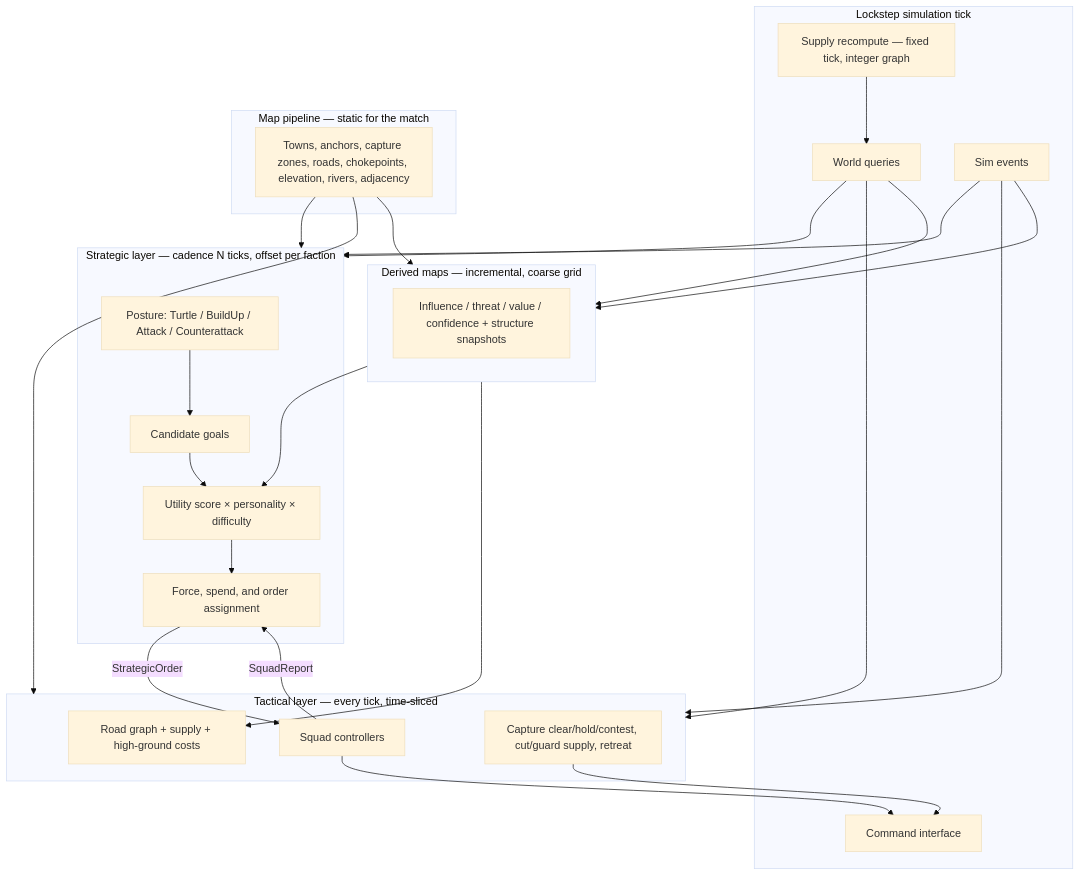
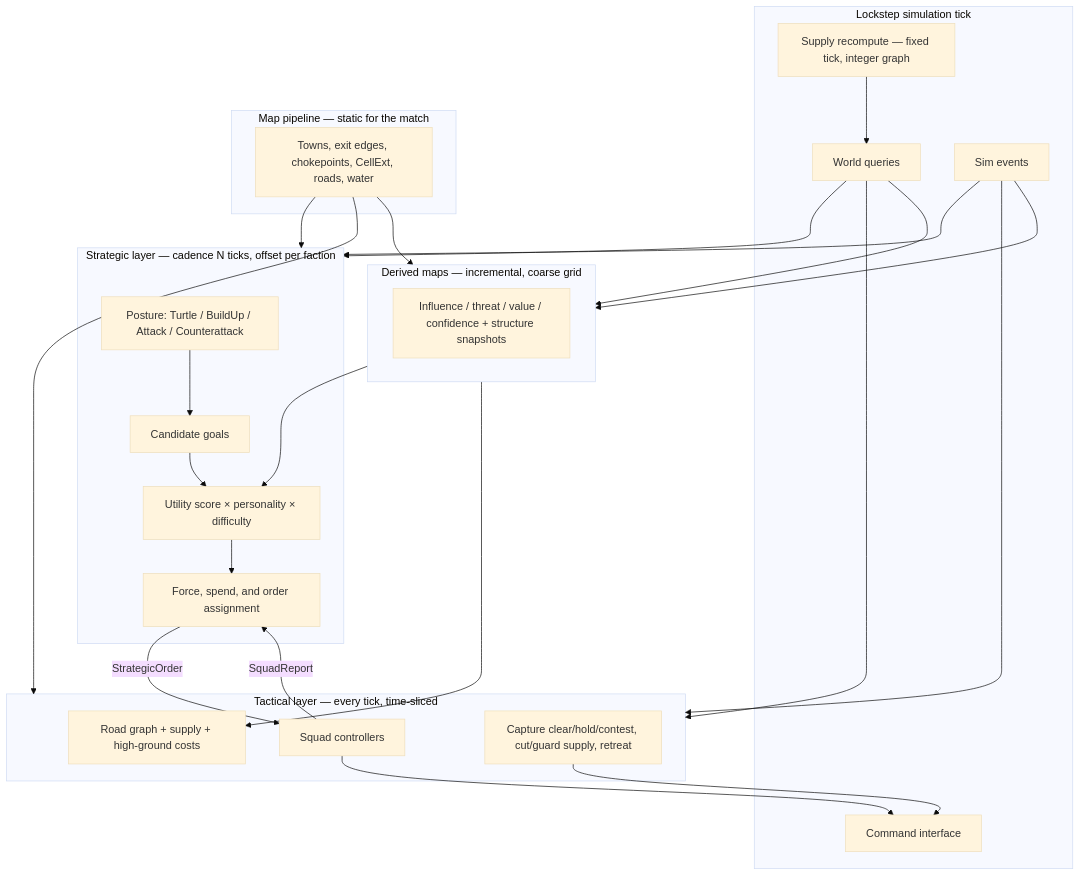
Before and after one commit to GarandWolf/wasteland-rts: the diagram in docs/ai/enemy-ai-design.md, drawn with Mermaid (base theme). The commit also changed other lines of this file, not shown here.

First line of the commit message:
docs(ai): accept map-pipeline field contract for the AI blob

````diff
--- a/docs/ai/enemy-ai-design.md
+++ b/docs/ai/enemy-ai-design.md
@@ -125,50 +142,50 @@
 ```mermaid
 flowchart TB
   subgraph Sim["Lockstep simulation tick"]
     World["World queries"]
     Events["Sim events"]
     Cmd["Command interface"]
     Supply["Supply recompute — fixed tick, integer graph"]
   end
 
   subgraph Pipeline["Map pipeline — static for the match"]
-    Contract["Towns, anchors, capture zones, roads, chokepoints, elevation, rivers, adjacency"]
+    Contract["Towns, exit edges, chokepoints, CellExt, roads, water"]
   end
 
   subgraph Derived["Derived maps — incremental, coarse grid"]
     Inf["Influence / threat / value / confidence + structure snapshots"]
   end
 
   subgraph Strat["Strategic layer — cadence N ticks, offset per faction"]
     Posture["Posture: Turtle / BuildUp / Attack / Counterattack"]
     Cands["Candidate goals"]
     Score["Utility score × personality × difficulty"]
     Alloc["Force, spend, and order assignment"]
   end
 
   subgraph Tact["Tactical layer — every tick, time-sliced"]
     Squads["Squad controllers"]
     Route["Road graph + supply + high-ground costs"]
     Fight["Capture clear/hold/contest, cut/guard supply, retreat"]
   end
 
   Contract --> Strat
   Contract --> Tact
   Contract --> Derived
   World --> Strat
   World --> Tact
   World --> Derived
   Supply --> World
   Events --> Strat
   Events --> Tact
   Events --> Derived
   Derived --> Score
   Derived --> Route
   Posture --> Cands
   Cands --> Score
   Score --> Alloc
   Alloc -->|"StrategicOrder"| Squads
   Squads -->|"SquadReport"| Alloc
   Fight --> Cmd
   Squads --> Cmd
 ```
````
